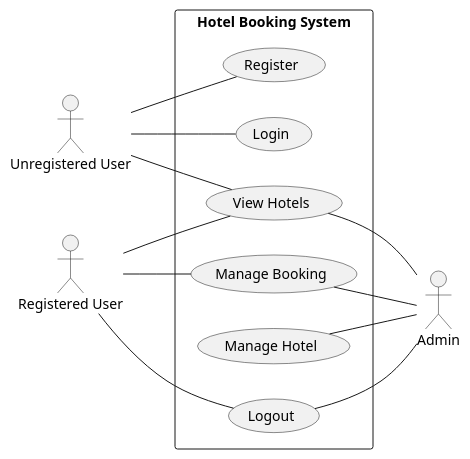
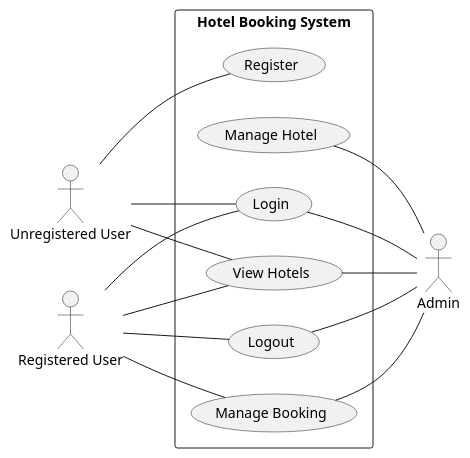
The diagram in Document/useCaseDiagram.puml (wirepecion/se-project-backend-8_thecallcenter), drawn with PlantUML before and after one commit.

Commit message:
Add directional flow to use case diagram for clarity

```diff
--- a/Document/useCaseDiagram.puml
+++ b/Document/useCaseDiagram.puml
@@ -1,31 +1,36 @@
 @startuml Hotel Booking System Use Case Diagram
 
 left to right direction
 
 actor "Unregistered User" as unregisteredUser
 actor "Registered User" as registeredUser
 actor "Admin" as admin
 
 rectangle "Hotel Booking System" {
+  top to bottom direction
   usecase "Register" as register
   usecase "Login" as login
   usecase "View Hotels" as view
   usecase "Manage Booking" as manageBooking
   usecase "Manage Hotel" as manageHotel
   usecase "Logout" as logout
 }
 
+left to right direction
+
 unregisteredUser -- register
 unregisteredUser -- login
 unregisteredUser -- view
 
+registeredUser -- login
 registeredUser -- view
 registeredUser -- logout
 registeredUser -- manageBooking
 
+login -- admin
 logout -- admin
 view -- admin
 manageBooking -- admin
 manageHotel -- admin
 
 @enduml
```
